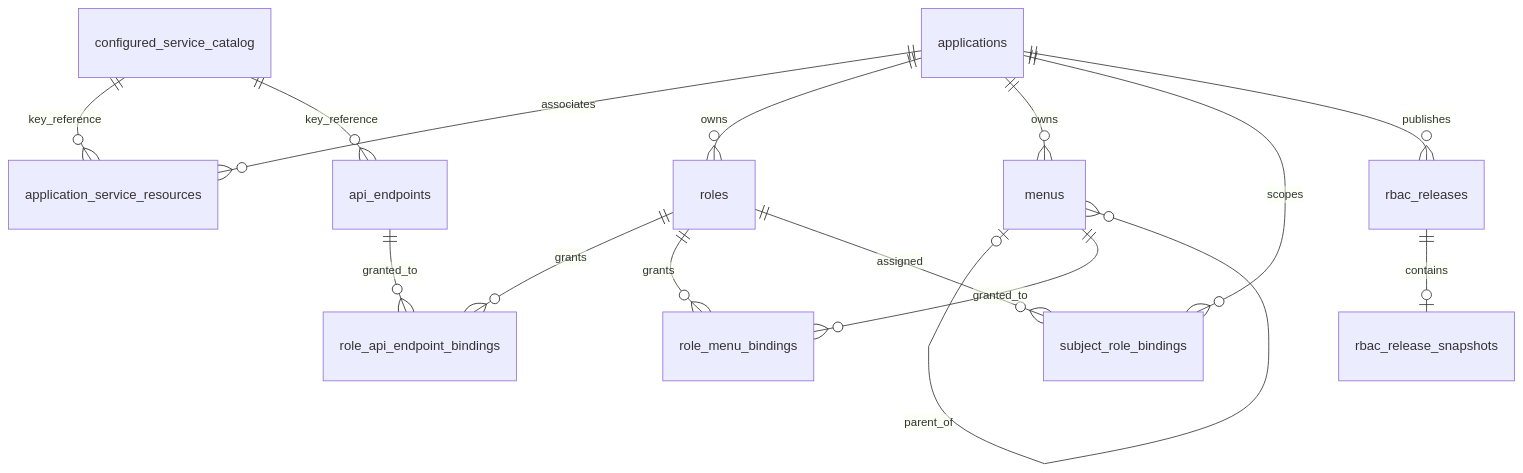
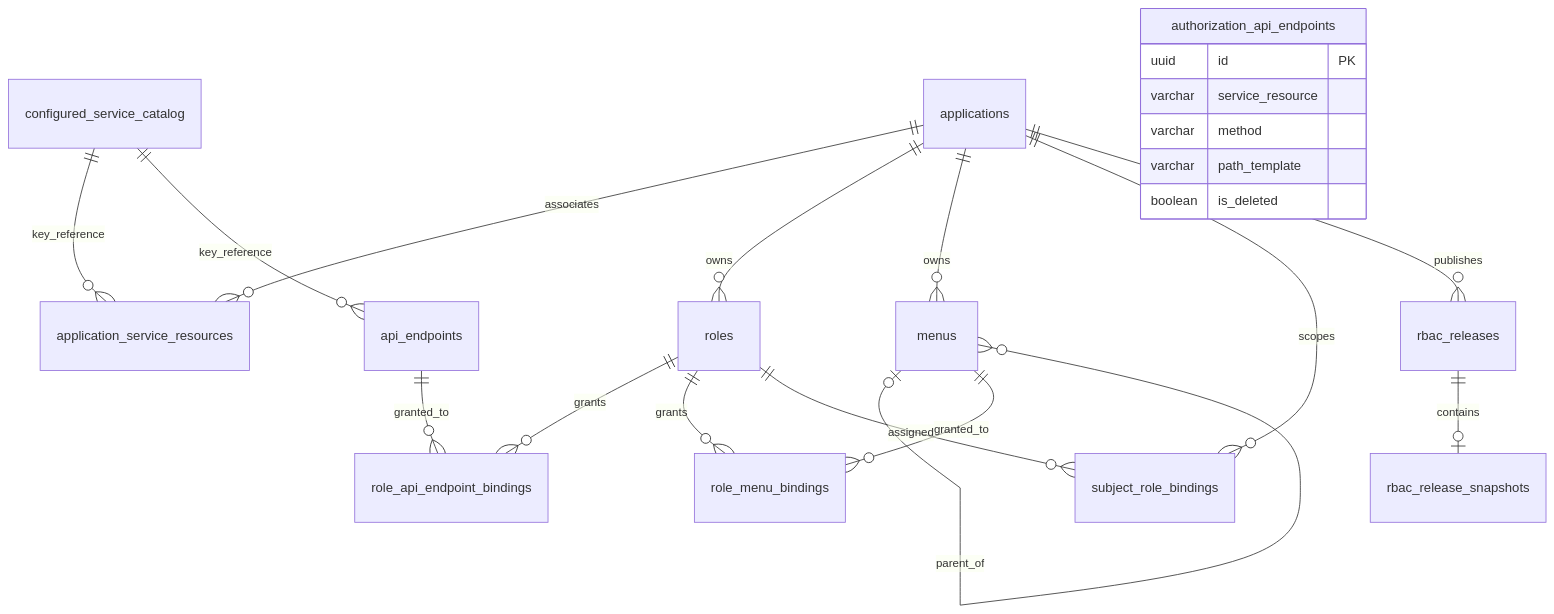
The diagram in doc/current-database-schema.md (Zevlune/NexusAuthorization), drawn with Mermaid before and after one commit. The commit also changed other lines of this file and 186 other files, not shown here.

````diff
--- a/doc/current-database-schema.md
+++ b/doc/current-database-schema.md
@@ -227,17 +252,24 @@
 ```mermaid
 erDiagram
     applications ||--o{ application_service_resources : associates
     configured_service_catalog ||--o{ application_service_resources : key_reference
     configured_service_catalog ||--o{ api_endpoints : key_reference
     applications ||--o{ roles : owns
     applications ||--o{ menus : owns
     menus |o--o{ menus : parent_of
     roles ||--o{ role_api_endpoint_bindings : grants
     api_endpoints ||--o{ role_api_endpoint_bindings : granted_to
     roles ||--o{ role_menu_bindings : grants
     menus ||--o{ role_menu_bindings : granted_to
     applications ||--o{ subject_role_bindings : scopes
     roles ||--o{ subject_role_bindings : assigned
     applications ||--o{ rbac_releases : publishes
     rbac_releases ||--o| rbac_release_snapshots : contains
+    authorization_api_endpoints {
+        uuid id PK
+        varchar service_resource
+        varchar method
+        varchar path_template
+        boolean is_deleted
+    }
 ```
````
